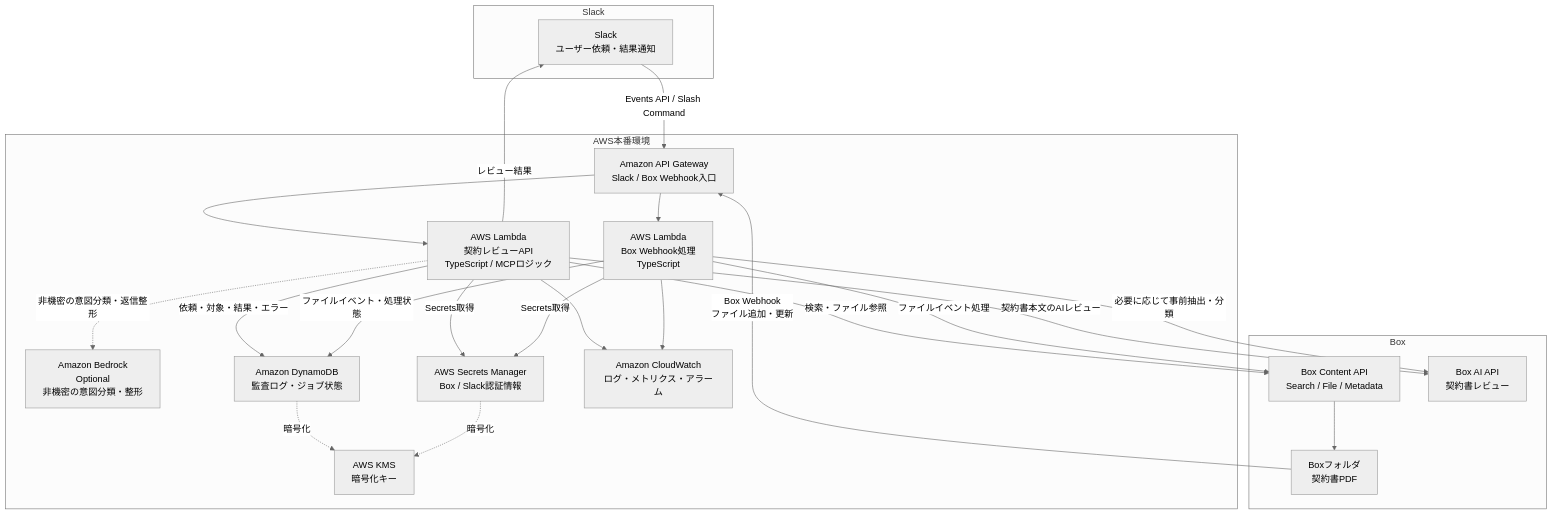
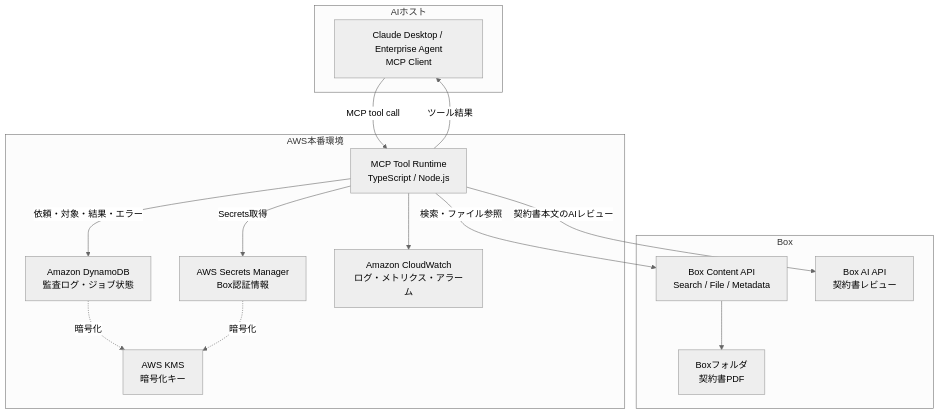
The second of 2 diagrams in README.md (moodblu3-sys/legal-contract-reviewer), drawn with Mermaid (neutral theme) before and after one commit. The commit also changed other lines of this file and 6 other files, not shown here.

Commit message:
Refactor to MCP-only: remove Slack, add contract search (find/query) tools

````diff
--- a/README.md
+++ b/README.md
@@ -106,51 +104,32 @@
 ```mermaid
 flowchart TD
-  subgraph SlackSaaS["Slack"]
-    Slack["Slack\nユーザー依頼・結果通知"]
+  subgraph Client["AIホスト"]
+    Host["Claude Desktop / Enterprise Agent\nMCP Client"]
   end
 
-  subgraph BoxSaaS["Box"]
+  subgraph AWS["AWS本番環境"]
+    Runtime["MCP Tool Runtime\nTypeScript / Node.js"]
+    DDB["Amazon DynamoDB\n監査ログ・ジョブ状態"]
+    SM["AWS Secrets Manager\nBox認証情報"]
+    CW["Amazon CloudWatch\nログ・メトリクス・アラーム"]
+    KMS["AWS KMS\n暗号化キー"]
+  end
+
+  subgraph Box["Box"]
     BoxFolder["Boxフォルダ\n契約書PDF"]
     BoxContent["Box Content API\nSearch / File / Metadata"]
     BoxAI["Box AI API\n契約書レビュー"]
   end
 
-  subgraph AWS["AWS本番環境"]
-    APIGW["Amazon API Gateway\nSlack / Box Webhook入口"]
-    LambdaReview["AWS Lambda\n契約レビューAPI\nTypeScript / MCPロジック"]
-    LambdaWebhook["AWS Lambda\nBox Webhook処理\nTypeScript"]
-    Bedrock["Amazon Bedrock\nOptional\n非機密の意図分類・整形"]
-    DDB["Amazon DynamoDB\n監査ログ・ジョブ状態"]
-    SM["AWS Secrets Manager\nBox / Slack認証情報"]
-    CW["Amazon CloudWatch\nログ・メトリクス・アラーム"]
-    KMS["AWS KMS\n暗号化キー"]
-  end
-
-  Slack -->|"Events API / Slash Command"| APIGW
-  BoxFolder -->|"Box Webhook\nファイル追加・更新"| APIGW
-
-  APIGW --> LambdaReview
-  APIGW --> LambdaWebhook
-
-  LambdaReview -->|"Secrets取得"| SM
-  LambdaWebhook -->|"Secrets取得"| SM
-
-  LambdaReview -->|"検索・ファイル参照"| BoxContent
-  LambdaReview -->|"契約書本文のAIレビュー"| BoxAI
-  LambdaReview -.->|"非機密の意図分類・返信整形"| Bedrock
-
-  LambdaWebhook -->|"ファイルイベント処理"| BoxContent
-  LambdaWebhook -->|"必要に応じて事前抽出・分類"| BoxAI
-
+  Host -->|"MCP tool call"| Runtime
+  Runtime -->|"Secrets取得"| SM
+  Runtime -->|"検索・ファイル参照"| BoxContent
+  Runtime -->|"契約書本文のAIレビュー"| BoxAI
   BoxContent --> BoxFolder
-
-  LambdaReview -->|"依頼・対象・結果・エラー"| DDB
-  LambdaWebhook -->|"ファイルイベント・処理状態"| DDB
-
-  LambdaReview -->|"レビュー結果"| Slack
+  Runtime -->|"依頼・対象・結果・エラー"| DDB
+  Runtime -->|"ツール結果"| Host
 
   DDB -. "暗号化" .-> KMS
   SM -. "暗号化" .-> KMS
-  LambdaReview --> CW
-  LambdaWebhook --> CW
+  Runtime --> CW
 ```
````
